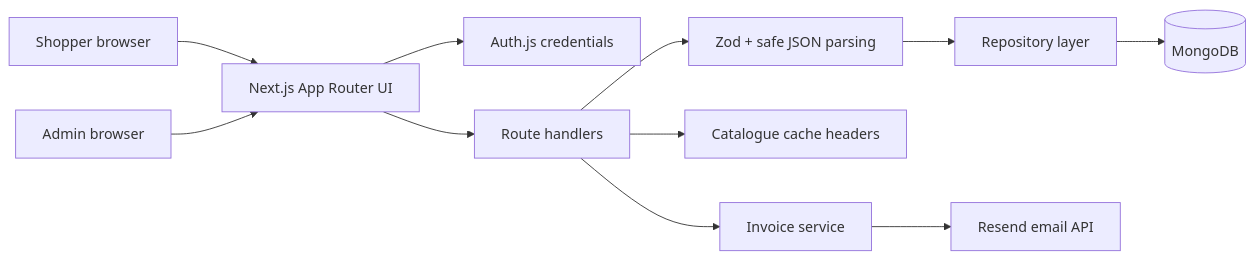
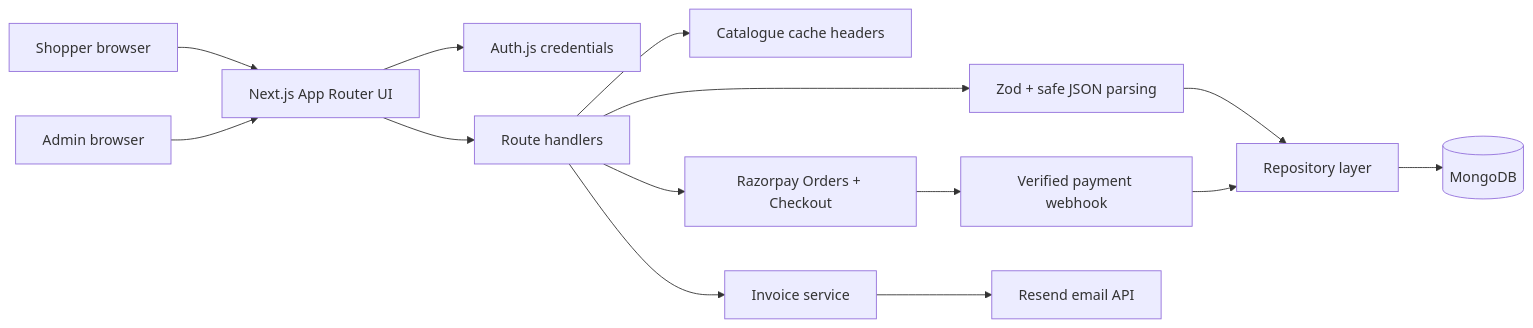
One commit to KundanPrasad11/freshcart-grocery changed the diagram in README.md. Above: the diagram before and after it, drawn with Mermaid. The commit also changed other lines of this file, not shown here.

Commit message:
docs: update README with Razorpay integration details, demo script, and architecture updates

````diff
--- a/README.md
+++ b/README.md
@@ -32,13 +37,16 @@
 ```mermaid
 flowchart LR
   Shopper[Shopper browser] --> UI[Next.js App Router UI]
   Admin[Admin browser] --> UI
   UI --> Auth[Auth.js credentials]
   UI --> API[Route handlers]
   API --> Validate[Zod + safe JSON parsing]
   Validate --> Repo[Repository layer]
   Repo --> Mongo[(MongoDB)]
   API --> Catalog[Catalogue cache headers]
+  API --> Razorpay[Razorpay Orders + Checkout]
+  Razorpay --> Webhook[Verified payment webhook]
+  Webhook --> Repo
   API --> Invoice[Invoice service]
   Invoice --> Resend[Resend email API]
 ```
````
